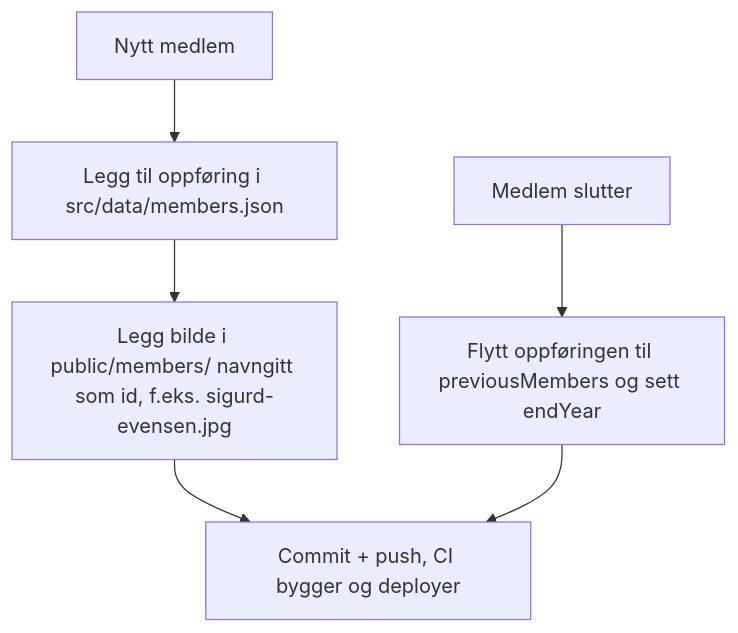
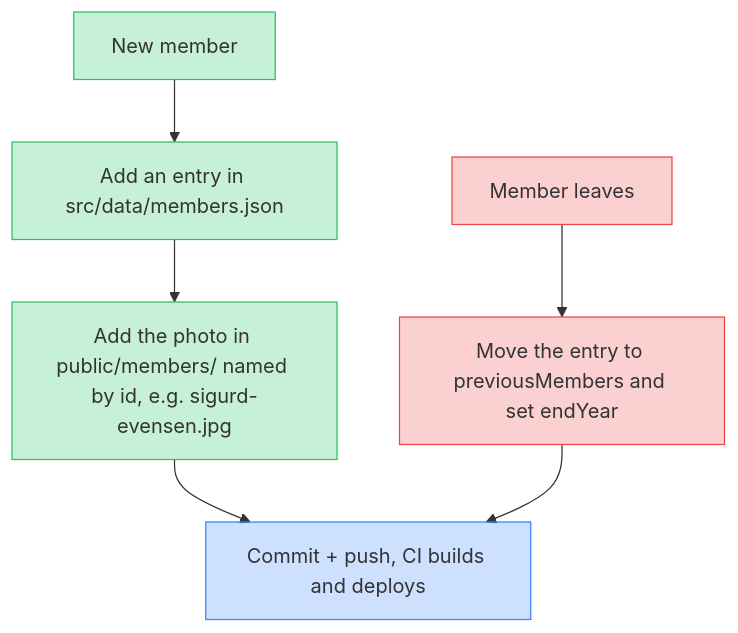
Before and after one commit to TIHLDE/Fondet: the sixth of 6 diagrams in README.md, drawn with Mermaid. The commit also changed other lines of this file, not shown here.

Commit message:
docs: translate README diagrams to English and add semantic colors

````diff
--- a/README.md
+++ b/README.md
@@ -295,8 +335,14 @@
 ```mermaid
 flowchart TD
-    A[Nytt medlem] --> B[Legg til oppføring i src/data/members.json]
-    B --> C[Legg bilde i public/members/ navngitt som id, f.eks. sigurd-evensen.jpg]
-    C --> D[Commit + push, CI bygger og deployer]
-    E[Medlem slutter] --> F[Flytt oppføringen til previousMembers og sett endYear]
+    A[New member] --> B[Add an entry in src/data/members.json]
+    B --> C[Add the photo in public/members/ named by id, e.g. sigurd-evensen.jpg]
+    C --> D[Commit + push, CI builds and deploys]
+    E[Member leaves] --> F[Move the entry to previousMembers and set endYear]
     F --> D
+    classDef add fill:#22c55e40,stroke:#22c55e
+    classDef remove fill:#ef444440,stroke:#ef4444
+    classDef ship fill:#3b82f640,stroke:#3b82f6
+    class A,B,C add
+    class E,F remove
+    class D ship
 ```
````
